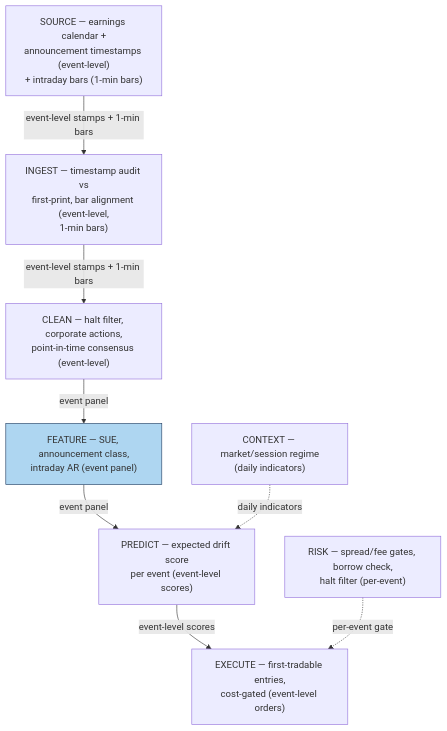
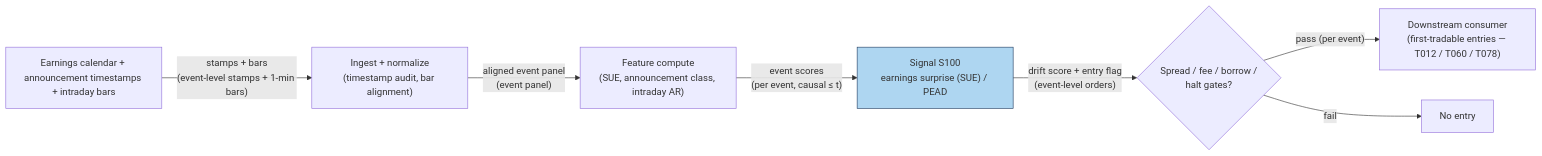
One commit to praveenguptahcl/quant-signals-deep changed the diagram in batches/SB10/S100.md. Above: the diagram before and after it, drawn with Mermaid. The commit also changed other lines of this file and 20 other files, not shown here.

````diff
--- a/batches/SB10/S100.md
+++ b/batches/SB10/S100.md
@@ -162,21 +162,10 @@
 ```mermaid
-flowchart TB
-    source["SOURCE — earnings calendar +<br/>announcement timestamps (event-level)<br/>+ intraday bars (1-min bars)"]
-    ingest["INGEST — timestamp audit vs<br/>first-print, bar alignment (event-level,<br/>1-min bars)"]
-    clean["CLEAN — halt filter, corporate actions,<br/>point-in-time consensus (event-level)"]
-    feat["FEATURE — SUE, announcement class,<br/>intraday AR (event panel)"]
-    pred["PREDICT — expected drift score<br/>per event (event-level scores)"]
-    exec["EXECUTE — first-tradable entries,<br/>cost-gated (event-level orders)"]
-
-    ctx["CONTEXT — market/session regime<br/>(daily indicators)"]
-    risk["RISK — spread/fee gates, borrow check,<br/>halt filter (per-event)"]
-
-    source -->|"event-level stamps + 1-min bars"| ingest
-    ingest -->|"event-level stamps + 1-min bars"| clean
-    clean -->|"event panel"| feat
-    feat -->|"event panel"| pred
-    pred -->|"event-level scores"| exec
-    ctx -.->|"daily indicators"| pred
-    risk -.->|"per-event gate"| exec
-    style feat fill:#aed6f1,stroke:#1f3a5f
+flowchart LR
+    FEED["Earnings calendar + announcement timestamps + intraday bars"] -- "stamps + bars<br/>(event-level stamps + 1-min bars)" --> ING["Ingest + normalize<br/>(timestamp audit, bar alignment)"]
+    ING -- "aligned event panel<br/>(event panel)" --> FEAT["Feature compute<br/>(SUE, announcement class, intraday AR)"]
+    FEAT -- "event scores<br/>(per event, causal ≤ t)" --> SIG["Signal S100<br/>earnings surprise (SUE) / PEAD"]
+    SIG -- "drift score + entry flag<br/>(event-level orders)" --> GATE{"Spread / fee / borrow /<br/>halt gates?"}
+    GATE -- "pass (per event)" --> OUT["Downstream consumer<br/>(first-tradable entries — T012 / T060 / T078)"]
+    GATE -- "fail" --> DROP["No entry"]
+    style SIG fill:#aed6f1,stroke:#1f3a5f
 ```
````
